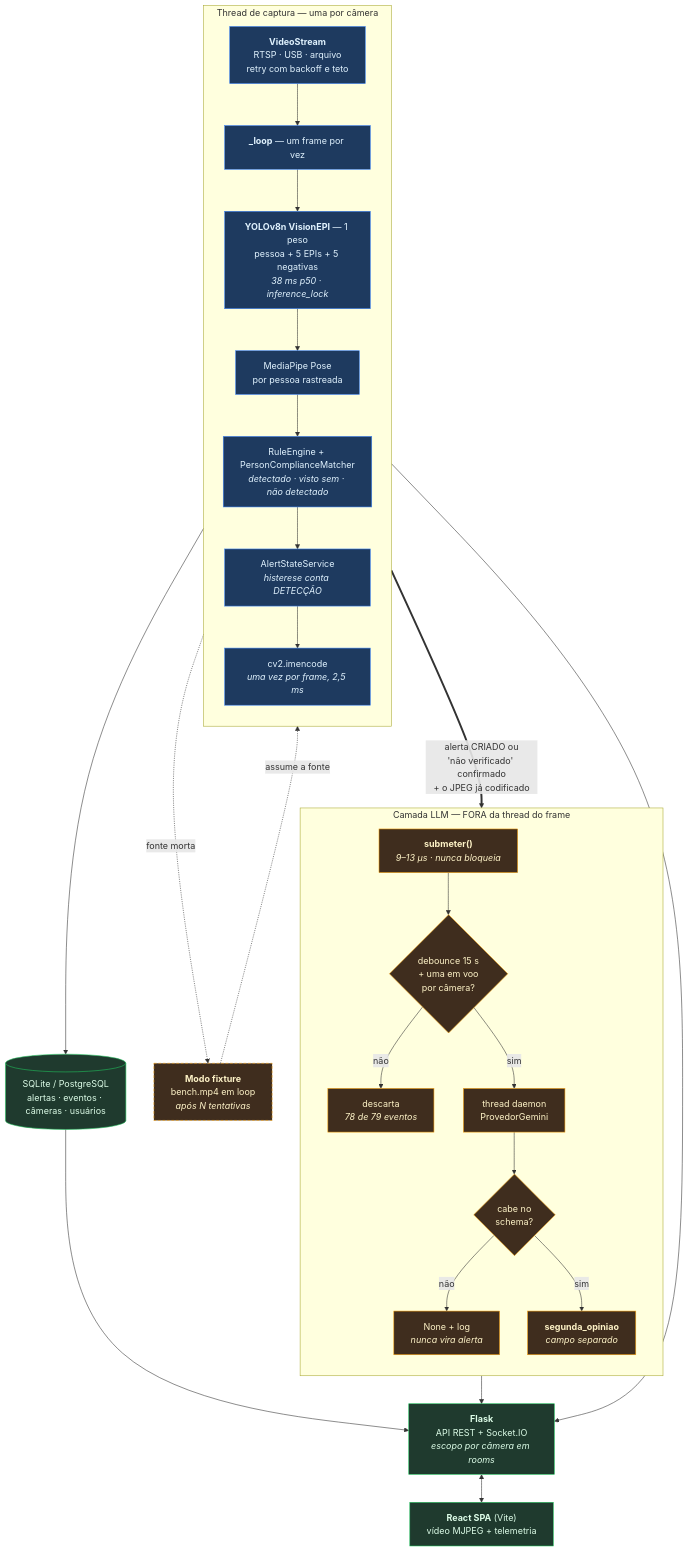
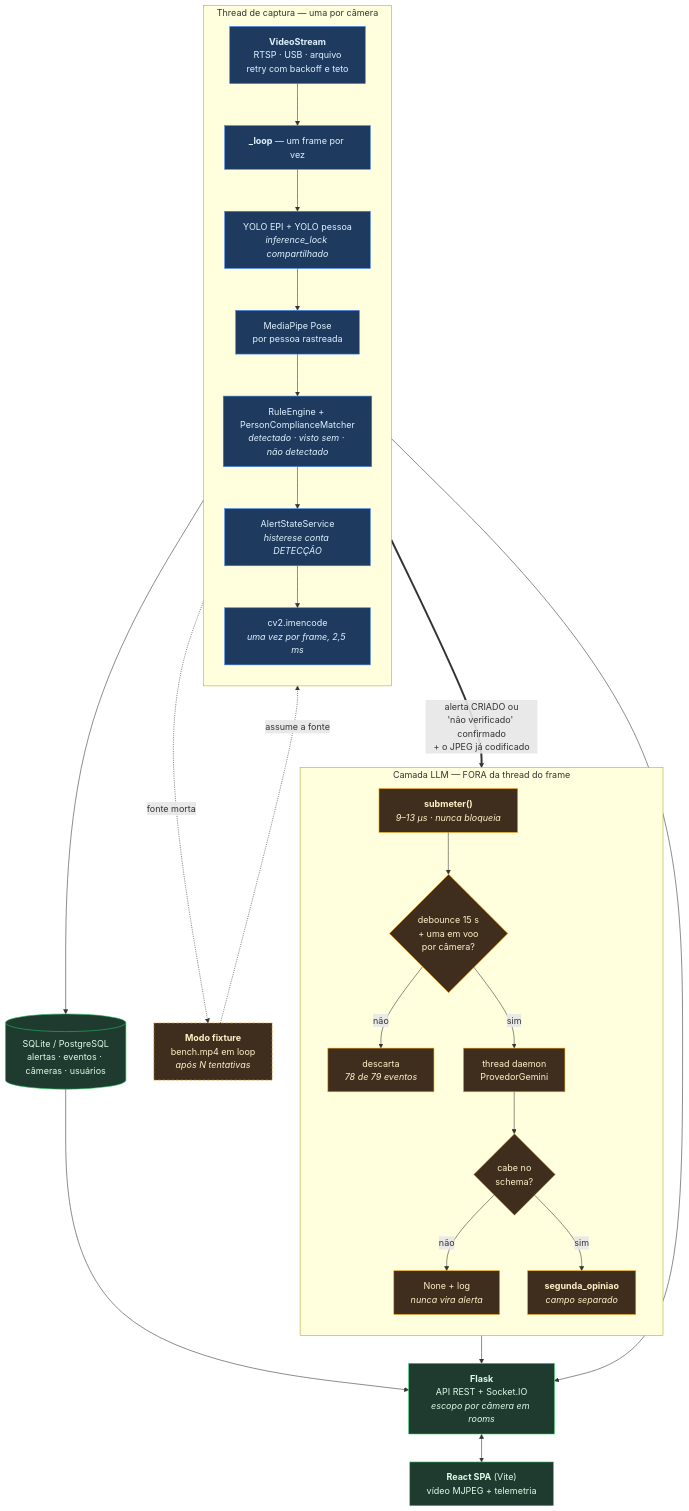
The diagram in README.md (bolla-X/Challenge_5550), drawn with Mermaid before and after one commit. The commit also changed other lines of this file and 616 other files, not shown here.

First line of the commit message:
PR7: Release — VisionEPI NEXT 2026 integrado com a Sprint 4 (MISSÃO 2, Fase D) (#16)

````diff
--- a/README.md
+++ b/README.md
@@ -46,55 +118,55 @@
 ```mermaid
 flowchart TB
     subgraph thread["Thread de captura — uma por câmera"]
         direction TB
         FONTE["<b>VideoStream</b><br/>RTSP · USB · arquivo<br/>retry com backoff e teto"]
         LOOP["<b>_loop</b> — um frame por vez"]
-        YOLO["<b>YOLOv8n VisionEPI</b> — 1 peso<br/>pessoa + 5 EPIs + 5 negativas<br/><i>38 ms p50 · inference_lock</i>"]
+        YOLO["YOLO EPI + YOLO pessoa<br/><i>inference_lock compartilhado</i>"]
         POSE["MediaPipe Pose<br/>por pessoa rastreada"]
         REGRAS["RuleEngine + PersonComplianceMatcher<br/><i>detectado · visto sem · não detectado</i>"]
         ALERTA["AlertStateService<br/><i>histerese conta DETECÇÃO</i>"]
         ENCODE["cv2.imencode<br/><i>uma vez por frame, 2,5 ms</i>"]
         FONTE --> LOOP --> YOLO --> POSE --> REGRAS --> ALERTA --> ENCODE
     end
 
     FIXTURE["<b>Modo fixture</b><br/>bench.mp4 em loop<br/><i>após N tentativas</i>"]
     FONTE -. "fonte morta" .-> FIXTURE
     FIXTURE -. "assume a fonte" .-> LOOP
 
     subgraph llm["Camada LLM — FORA da thread do frame"]
         direction TB
         SUBMETER["<b>submeter()</b><br/><i>9–13 µs · nunca bloqueia</i>"]
         PORTAO{"debounce 15 s<br/>+ uma em voo<br/>por câmera?"}
         DESCARTE["descarta<br/><i>78 de 79 eventos</i>"]
         EXECUTOR["thread daemon<br/>ProvedorGemini"]
         SCHEMA{"cabe no<br/>schema?"}
         NADA["None + log<br/><i>nunca vira alerta</i>"]
         OPINIAO["<b>segunda_opiniao</b><br/><i>campo separado</i>"]
         SUBMETER --> PORTAO
         PORTAO -- "não" --> DESCARTE
         PORTAO -- "sim" --> EXECUTOR --> SCHEMA
         SCHEMA -- "não" --> NADA
         SCHEMA -- "sim" --> OPINIAO
     end
 
     ALERTA == "alerta CRIADO ou<br/>'não verificado' confirmado<br/>+ o JPEG já codificado" ==> SUBMETER
 
     BANCO[("SQLite / PostgreSQL<br/>alertas · eventos · câmeras · usuários")]
     FLASK["<b>Flask</b><br/>API REST + Socket.IO<br/><i>escopo por câmera em rooms</i>"]
     SPA["<b>React SPA</b> (Vite)<br/>vídeo MJPEG + telemetria"]
 
     ALERTA --> BANCO
     ENCODE --> FLASK
     OPINIAO --> FLASK
     BANCO --> FLASK
     FLASK <--> SPA
 
     classDef sync fill:#1e3a5f,stroke:#3b82f6,color:#e0f2fe
     classDef async fill:#3f2d1e,stroke:#f59e0b,color:#fef3c7
     classDef store fill:#1f3a2e,stroke:#22c55e,color:#dcfce7
     classDef fall fill:#3f2d1e,stroke:#f59e0b,color:#fef3c7,stroke-dasharray: 5 3
     class FONTE,LOOP,YOLO,POSE,REGRAS,ALERTA,ENCODE sync
     class SUBMETER,PORTAO,DESCARTE,EXECUTOR,SCHEMA,NADA,OPINIAO async
     class BANCO,FLASK,SPA store
     class FIXTURE fall
 ```
````
